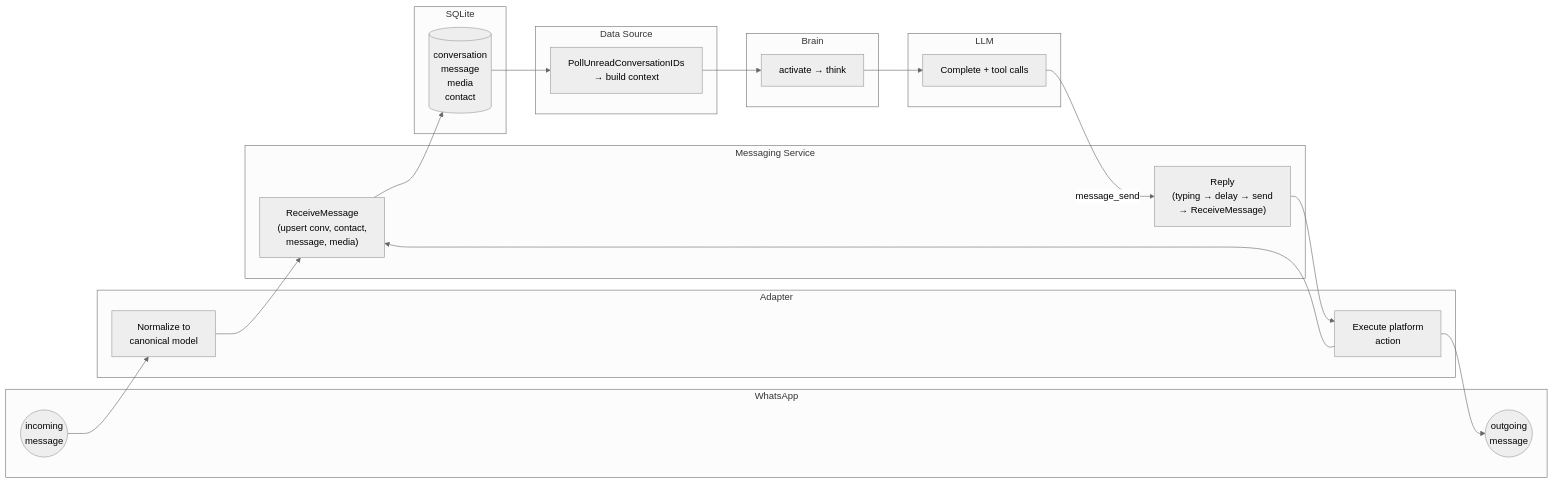
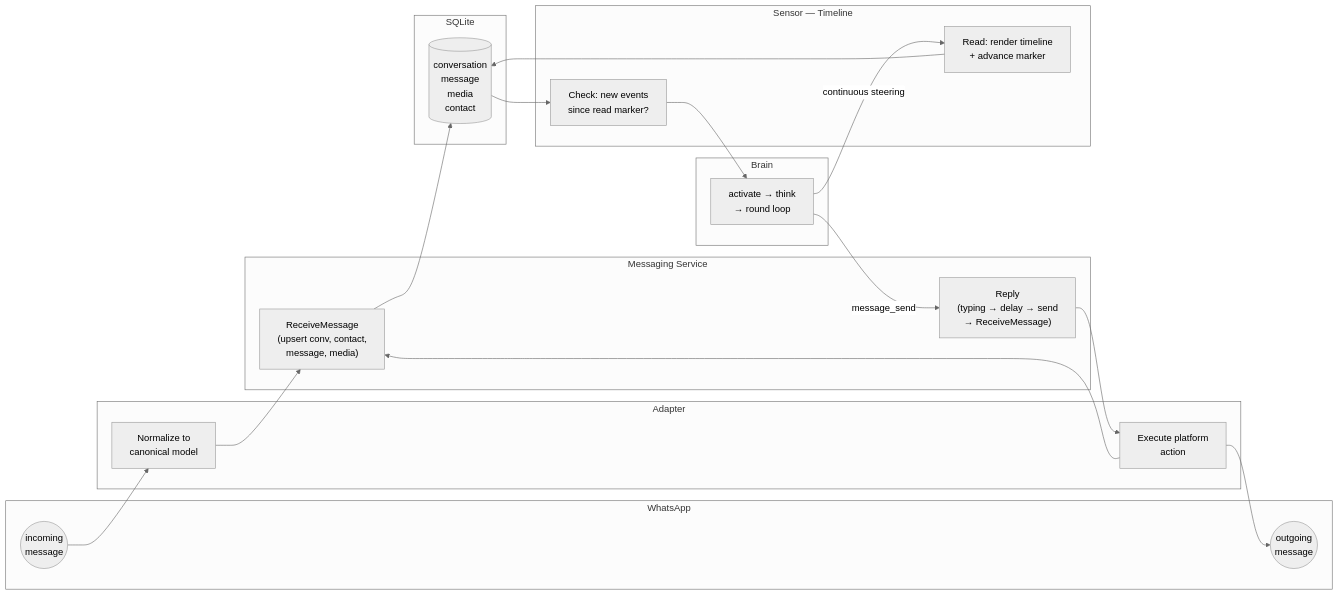
Before and after one commit to kilianc/nik: the second of 2 diagrams in README.md, drawn with Mermaid (neutral theme). The commit also changed other lines of this file, not shown here.

First line of the commit message:
docs: revamp README to match current architecture

````diff
--- a/README.md
+++ b/README.md
@@ -108,38 +140,36 @@
 ```mermaid
 flowchart LR
     subgraph whatsapp [WhatsApp]
         WA_In(("incoming\nmessage"))
         WA_Out(("outgoing\nmessage"))
     end
 
     subgraph adapter [Adapter]
         Normalize["Normalize to\ncanonical model"]
         Execute["Execute platform\naction"]
     end
 
     subgraph service [Messaging Service]
         Receive["ReceiveMessage\n(upsert conv, contact,\nmessage, media)"]
         Reply["Reply\n(typing → delay → send\n→ ReceiveMessage)"]
     end
 
     subgraph db [SQLite]
         Tables[("conversation\nmessage\nmedia\ncontact")]
     end
 
-    subgraph datasource [Data Source]
-        Poll["PollUnreadConversationIDs\n→ build context"]
+    subgraph sensor [Sensor — Timeline]
+        Check["Check: new events\nsince read marker?"]
+        Read["Read: render timeline\n+ advance marker"]
     end
 
     subgraph brainBox [Brain]
-        BrainLoop["activate → think"]
-    end
-
-    subgraph llmBox [LLM]
-        LLM_Complete["Complete + tool calls"]
+        BrainLoop["activate → think\n→ round loop"]
     end
 
     WA_In --> Normalize --> Receive --> Tables
-    Tables --> Poll --> BrainLoop --> LLM_Complete
-    LLM_Complete -- "message_send" --> Reply --> Execute --> WA_Out
+    Tables --> Check --> BrainLoop
+    BrainLoop -- "continuous steering" --> Read --> Tables
+    BrainLoop -- "message_send" --> Reply --> Execute --> WA_Out
     Execute --> Receive
 ```
````
